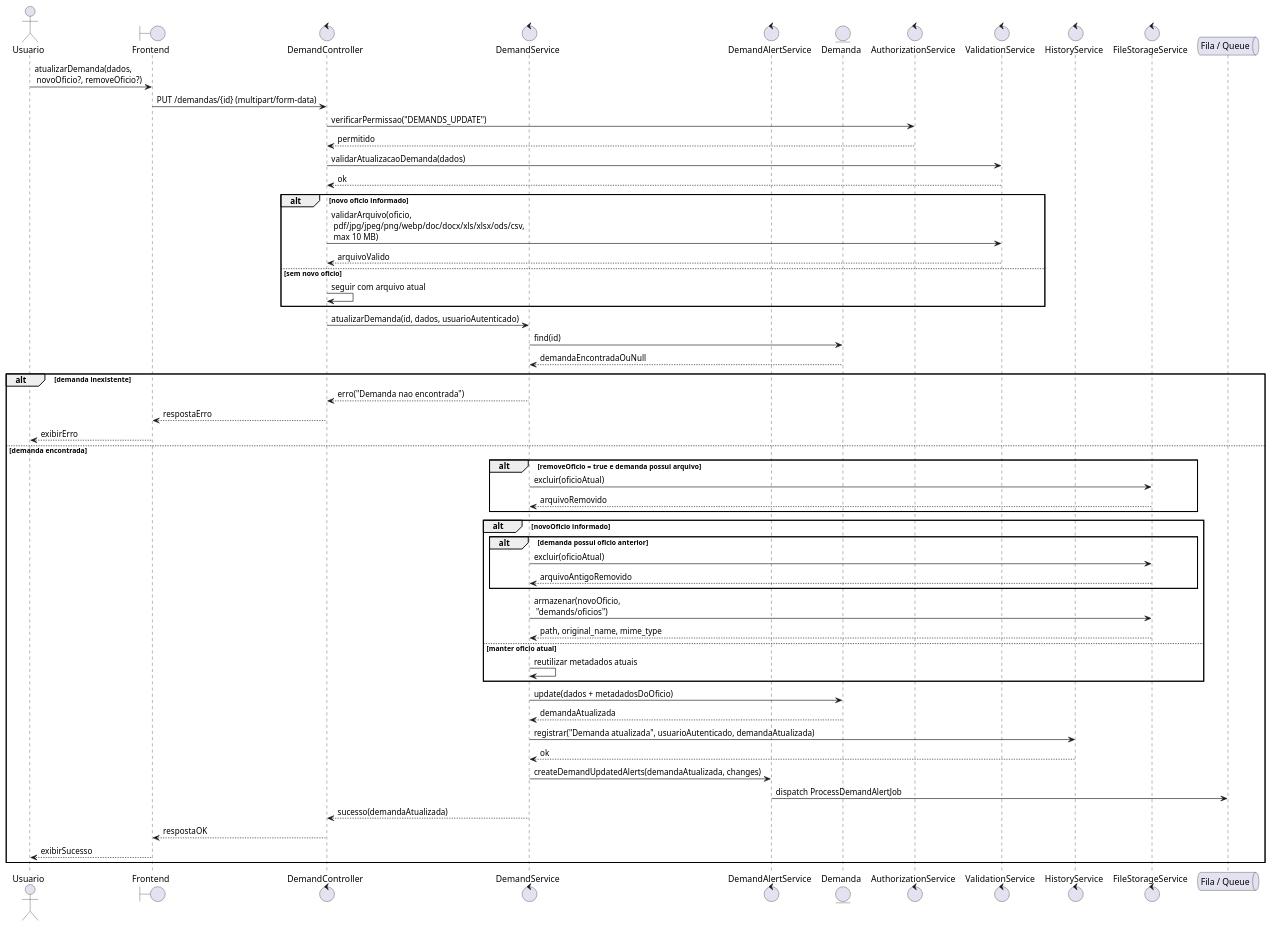
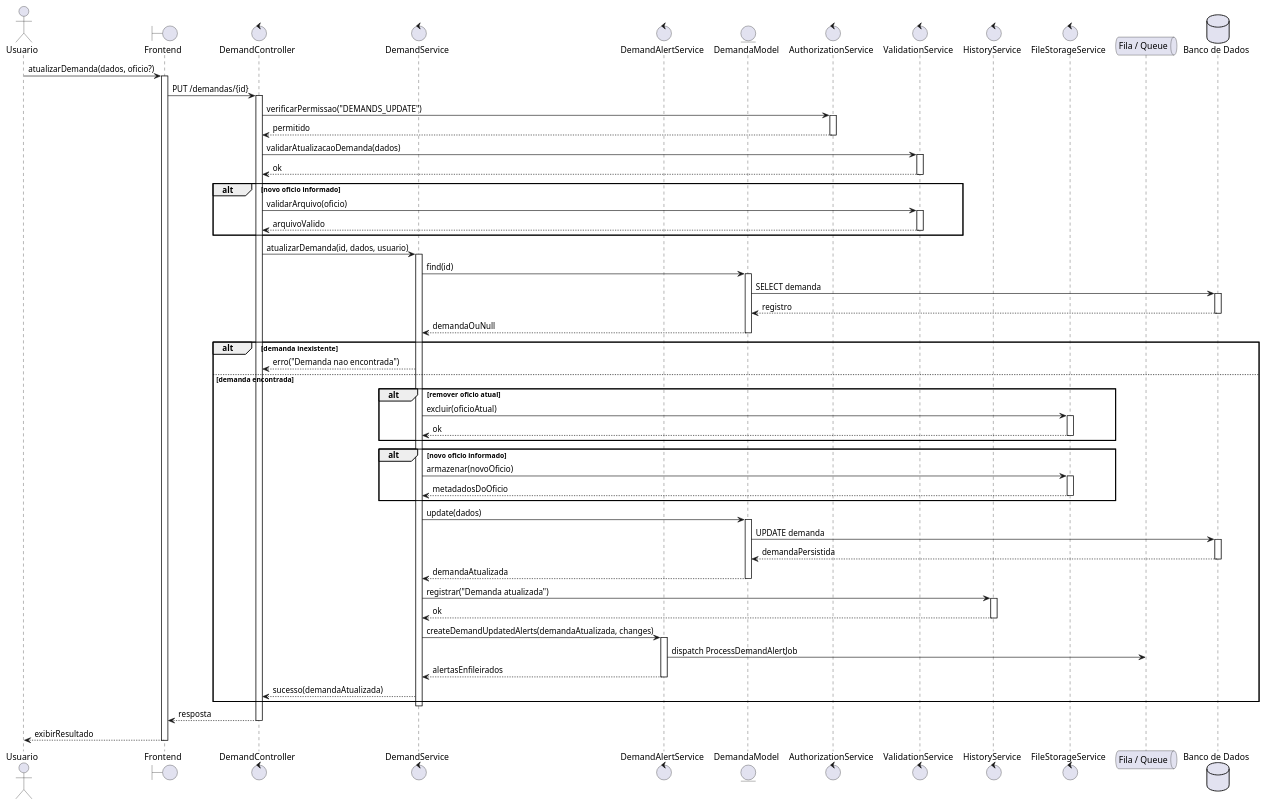
Before and after one commit to ICEI-PUC-Minas-PPLES-TI/plf-es-2025-2-tcci-0393100-dev-bernardo-biondini: the diagram in Artefatos/Sequencia/atu_dem.puml, drawn with PlantUML. The commit also changed 165 other files, not shown here.

Commit message:
Adequações dos diagramas de Sequencia e Comunicação as exigências da banca

```diff
--- a/Artefatos/Sequencia/atu_dem.puml
+++ b/Artefatos/Sequencia/atu_dem.puml
@@ -1,66 +1,94 @@
 @startuml
 actor Usuario
 
 boundary Frontend as FE
 control DemandController as C
 control DemandService as S
 control DemandAlertService as Alert
-entity Demanda as M
+entity DemandaModel as M
 control AuthorizationService as AuthZ
 control ValidationService as Val
 control HistoryService as Hist
 control FileStorageService as FS
 queue "Fila / Queue" as Queue
+database "Banco de Dados" as DB
 
-Usuario -> FE : atualizarDemanda(dados,\n novoOficio?, removeOficio?)
-FE -> C : PUT /demandas/{id} (multipart/form-data)
+Usuario -> FE : atualizarDemanda(dados, oficio?)
+activate FE
+FE -> C : PUT /demandas/{id}
+activate C
 
 C -> AuthZ : verificarPermissao("DEMANDS_UPDATE")
+activate AuthZ
 AuthZ --> C : permitido
+deactivate AuthZ
 
 C -> Val : validarAtualizacaoDemanda(dados)
+activate Val
 Val --> C : ok
+deactivate Val
 
 alt novo oficio informado
-    C -> Val : validarArquivo(oficio,\n pdf/jpg/jpeg/png/webp/doc/docx/xls/xlsx/ods/csv,\n max 10 MB)
-    Val --> C : arquivoValido
-else sem novo oficio
-    C -> C : seguir com arquivo atual
+  C -> Val : validarArquivo(oficio)
+  activate Val
+  Val --> C : arquivoValido
+  deactivate Val
 end
 
-C -> S : atualizarDemanda(id, dados, usuarioAutenticado)
+C -> S : atualizarDemanda(id, dados, usuario)
+activate S
 S -> M : find(id)
-M --> S : demandaEncontradaOuNull
+activate M
+M -> DB : SELECT demanda
+activate DB
+DB --> M : registro
+deactivate DB
+M --> S : demandaOuNull
+deactivate M
 
 alt demanda inexistente
-    S --> C : erro("Demanda nao encontrada")
-    C --> FE : respostaErro
-    FE --> Usuario : exibirErro
+  S --> C : erro("Demanda nao encontrada")
 else demanda encontrada
-    alt removeOficio = true e demanda possui arquivo
-        S -> FS : excluir(oficioAtual)
-        FS --> S : arquivoRemovido
-    end
+  alt remover oficio atual
+    S -> FS : excluir(oficioAtual)
+    activate FS
+    FS --> S : ok
+    deactivate FS
+  end
 
-    alt novoOficio informado
-        alt demanda possui oficio anterior
-            S -> FS : excluir(oficioAtual)
-            FS --> S : arquivoAntigoRemovido
-        end
-        S -> FS : armazenar(novoOficio,\n "demands/oficios")
-        FS --> S : path, original_name, mime_type
-    else manter oficio atual
-        S -> S : reutilizar metadados atuais
-    end
+  alt novo oficio informado
+    S -> FS : armazenar(novoOficio)
+    activate FS
+    FS --> S : metadadosDoOficio
+    deactivate FS
+  end
 
-    S -> M : update(dados + metadadosDoOficio)
-    M --> S : demandaAtualizada
-    S -> Hist : registrar("Demanda atualizada", usuarioAutenticado, demandaAtualizada)
-    Hist --> S : ok
-    S -> Alert : createDemandUpdatedAlerts(demandaAtualizada, changes)
-    Alert -> Queue : dispatch ProcessDemandAlertJob
-    S --> C : sucesso(demandaAtualizada)
-    C --> FE : respostaOK
-    FE --> Usuario : exibirSucesso
+  S -> M : update(dados)
+  activate M
+  M -> DB : UPDATE demanda
+  activate DB
+  DB --> M : demandaPersistida
+  deactivate DB
+  M --> S : demandaAtualizada
+  deactivate M
+
+  S -> Hist : registrar("Demanda atualizada")
+  activate Hist
+  Hist --> S : ok
+  deactivate Hist
+
+  S -> Alert : createDemandUpdatedAlerts(demandaAtualizada, changes)
+  activate Alert
+  Alert -> Queue : dispatch ProcessDemandAlertJob
+  Alert --> S : alertasEnfileirados
+  deactivate Alert
+
+  S --> C : sucesso(demandaAtualizada)
 end
+deactivate S
+
+C --> FE : resposta
+deactivate C
+FE --> Usuario : exibirResultado
+deactivate FE
 @enduml
```
